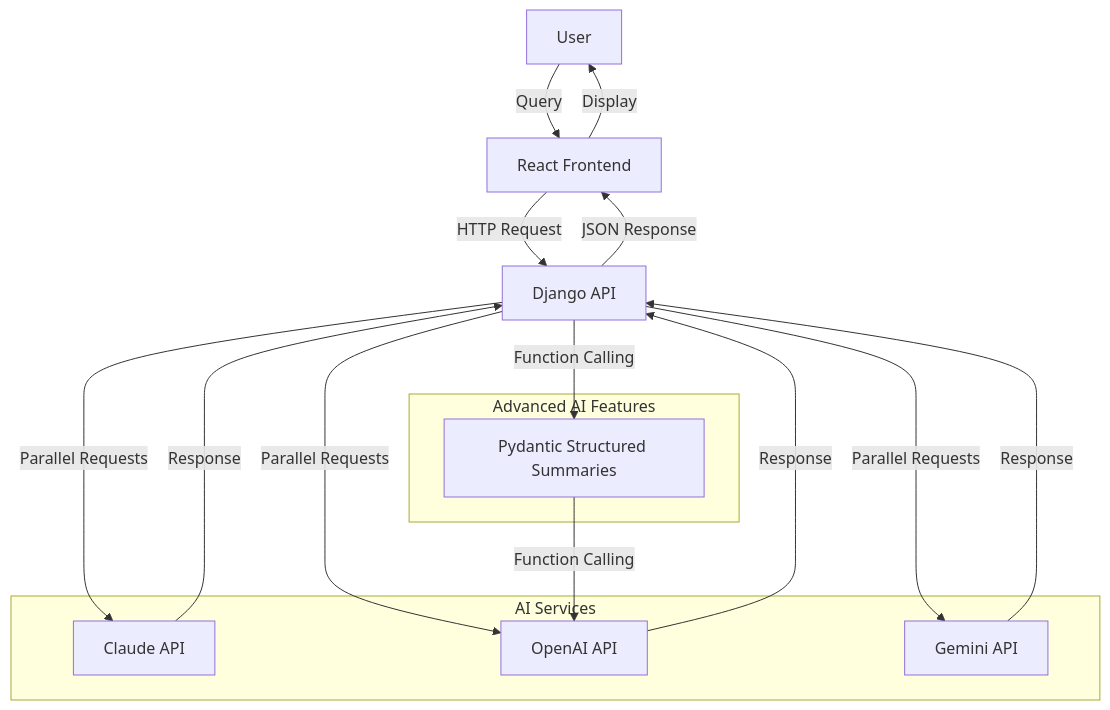
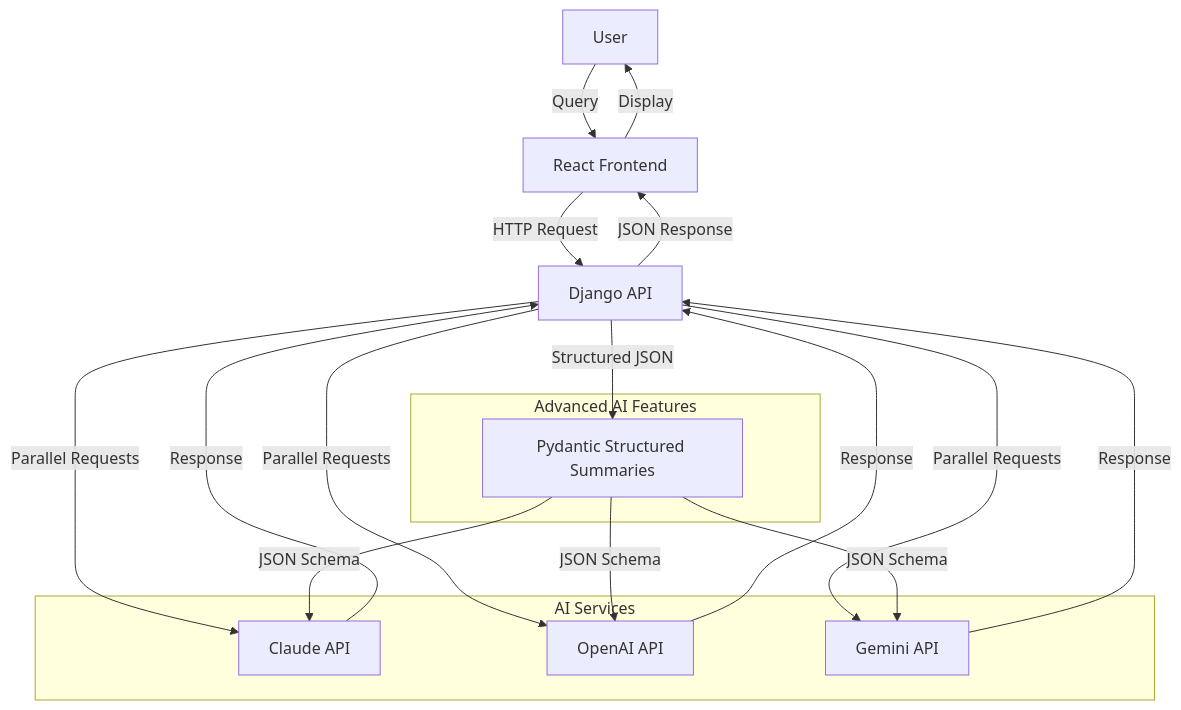
The diagram in README.md (bshahbaz86/ai-consensus), drawn with Mermaid before and after one commit. The commit also changed other lines of this file and 2 other files, not shown here.

Commit message:
Fix misleading Pydantic documentation and architecture
- Updated README architecture diagram to show Pydantic works with all providers
- Fixed demo page references that incorrectly linked Pydantic only to OpenAI
- Clarified that structured outputs work across OpenAI, Claude, and Gemini
- Added legacy note to OpenAI-specific utility functions
- Updated API examples to show all supported providers

Frontend testing confirmed:
- Claude: ✅ Working with structured outputs
- OpenAI: ✅ Working with detailed structured responses
- Gemini: ❌ API configuration issue (separate from Pydantic implementation)

🤖 Generated with [Claude Code](https://claude.ai/code)

````diff
--- a/README.md
+++ b/README.md
@@ -61,29 +61,31 @@
 ```mermaid
 graph TB
     U[User] -->|Query| F[React Frontend]
     F -->|HTTP Request| D[Django API]
     
     D -->|Parallel Requests| C[Claude API]
     D -->|Parallel Requests| O[OpenAI API]
     D -->|Parallel Requests| G[Gemini API]
     
-    D -->|Function Calling| PS[Pydantic Structured Summaries]
-    PS -->|Function Calling| O
+    D -->|Structured JSON| PS[Pydantic Structured Summaries]
+    PS -->|JSON Schema| C
+    PS -->|JSON Schema| O
+    PS -->|JSON Schema| G
     
     C -->|Response| D
     O -->|Response| D  
     G -->|Response| D
     
     D -->|JSON Response| F
     F -->|Display| U
     
     subgraph "AI Services"
         C
         O
         G
     end
     
     subgraph "Advanced AI Features"
         PS
     end
 ```
````
